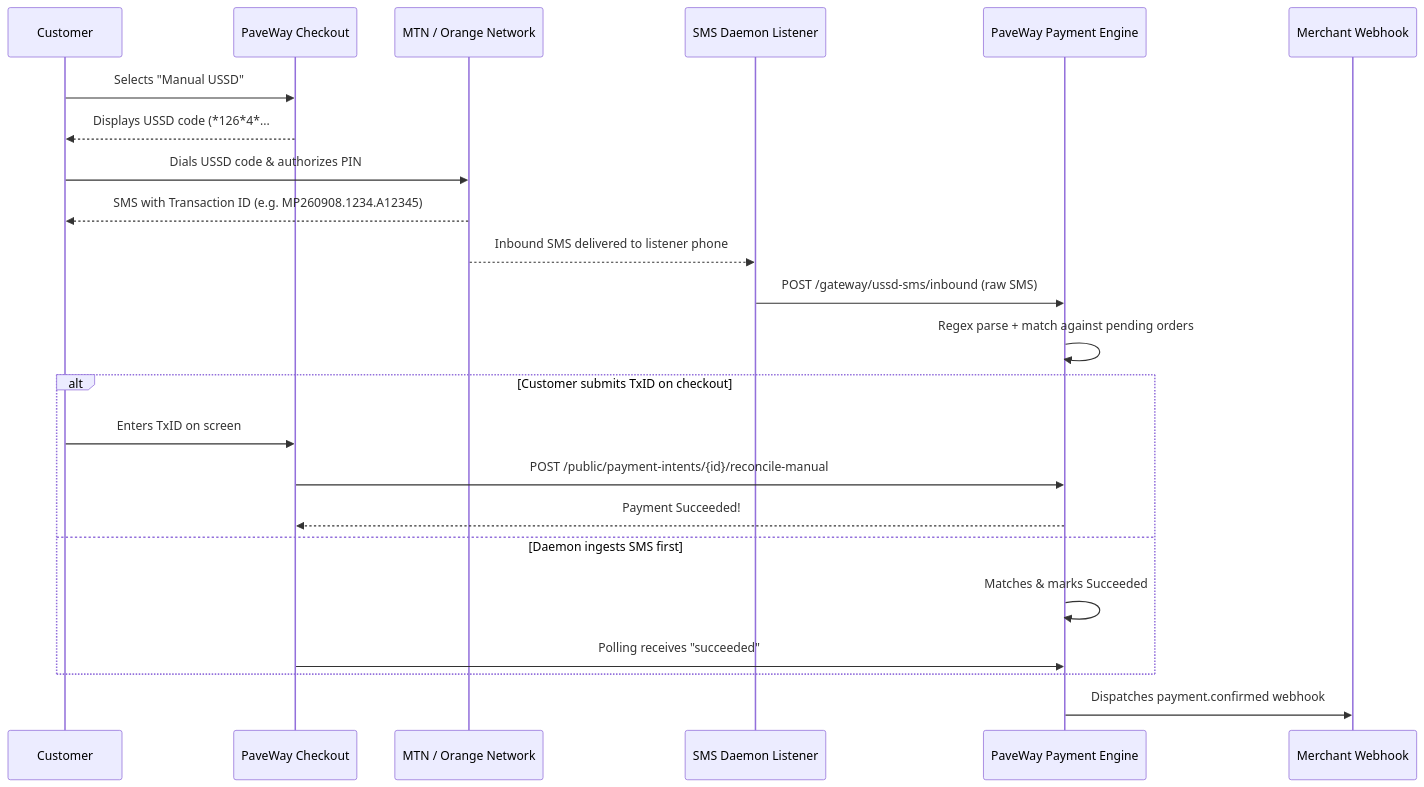
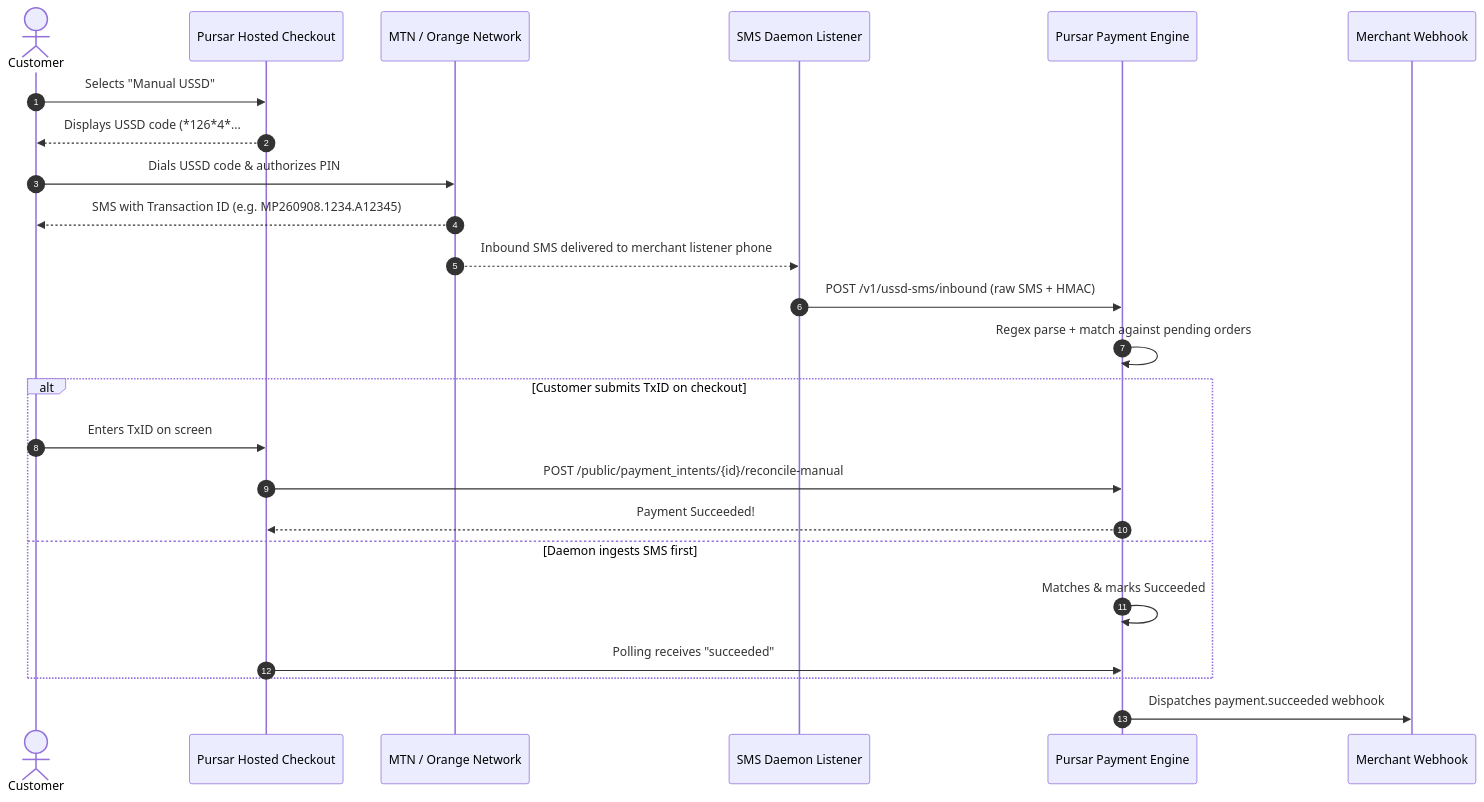
One commit to pavewaygroupinc/docs changed the diagram in guides/payments/manual-payments.mdx. Above: the diagram before and after it, drawn with Mermaid. The commit also changed other lines of this file and 21 other files, not shown here.

Commit message:
docs(guides): update all guides and references to Pursar live sandbox and hosted checkout architecture, purging legacy endpoints

````diff
--- a/guides/payments/manual-payments.mdx
+++ b/guides/payments/manual-payments.mdx
@@ -14,26 +14,27 @@
 ```mermaid
 sequenceDiagram
-    participant C as Customer
-    participant CH as PaveWay Checkout
+    autonumber
+    actor Customer as Customer
+    participant Checkout as Pursar Hosted Checkout
     participant Telco as MTN / Orange Network
-    participant D as SMS Daemon Listener
-    participant P as PaveWay Payment Engine
-    participant M as Merchant Webhook
+    participant Daemon as SMS Daemon Listener
+    participant Pursar as Pursar Payment Engine
+    participant Merchant as Merchant Webhook
 
-    C->>CH: Selects "Manual USSD"
-    CH-->>C: Displays USSD code (*126*4*...#)
-    C->>Telco: Dials USSD code & authorizes PIN
-    Telco-->>C: SMS with Transaction ID (e.g. MP260908.1234.A12345)
-    Telco-->>D: Inbound SMS delivered to listener phone
-    D->>P: POST /gateway/ussd-sms/inbound (raw SMS)
-    P->>P: Regex parse + match against pending orders
+    Customer->>Checkout: Selects "Manual USSD"
+    Checkout-->>Customer: Displays USSD code (*126*4*...#) & Merchant Code
+    Customer->>Telco: Dials USSD code & authorizes PIN
+    Telco-->>Customer: SMS with Transaction ID (e.g. MP260908.1234.A12345)
+    Telco-->>Daemon: Inbound SMS delivered to merchant listener phone
+    Daemon->>Pursar: POST /v1/ussd-sms/inbound (raw SMS + HMAC)
+    Pursar->>Pursar: Regex parse + match against pending orders
     alt Customer submits TxID on checkout
-        C->>CH: Enters TxID on screen
-        CH->>P: POST /public/payment-intents/{id}/reconcile-manual
-        P-->>CH: Payment Succeeded!
+        Customer->>Checkout: Enters TxID on screen
+        Checkout->>Pursar: POST /public/payment_intents/{id}/reconcile-manual
+        Pursar-->>Checkout: Payment Succeeded!
     else Daemon ingests SMS first
-        P->>P: Matches & marks Succeeded
-        CH->>P: Polling receives "succeeded"
+        Pursar->>Pursar: Matches & marks Succeeded
+        Checkout->>Pursar: Polling receives "succeeded"
     end
-    P->>M: Dispatches payment.confirmed webhook
+    Pursar->>Merchant: Dispatches payment.succeeded webhook
 ```
````
